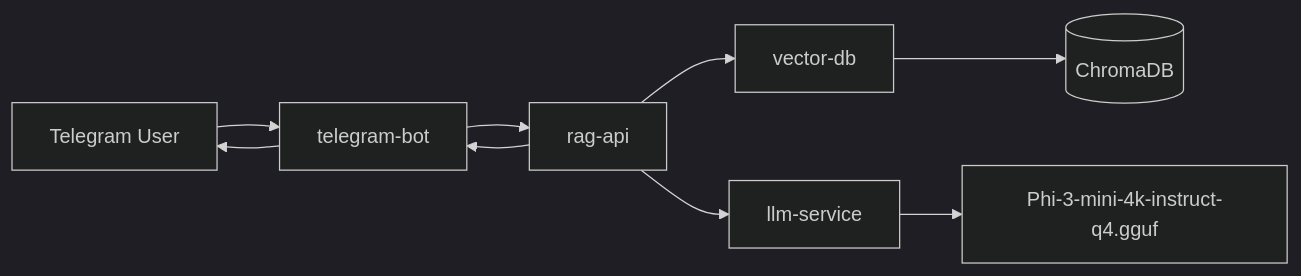
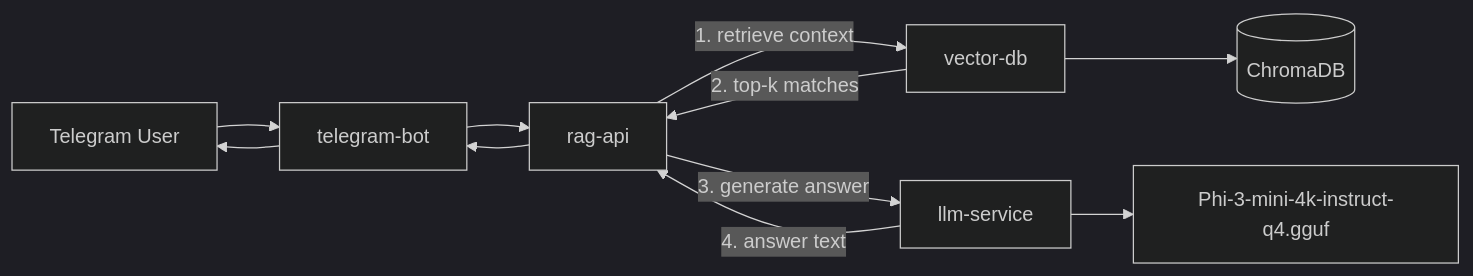
The diagram in rag-system/ARCHITECTURE.md (navin251285/avivo), drawn with Mermaid (dark theme) before and after one commit. The commit also changed other lines of this file and 1 other file, not shown here.

Commit message:
Update architecture docs/image to reflect current sequential rag-api flow

````diff
--- a/rag-system/ARCHITECTURE.md
+++ b/rag-system/ARCHITECTURE.md
@@ -15,11 +15,13 @@
 ```mermaid
 flowchart LR
     U[Telegram User] --> T[telegram-bot]
     T --> R[rag-api]
-    R --> V[vector-db]
+  R -->|1. retrieve context| V[vector-db]
     V --> C[(ChromaDB)]
-    R --> L[llm-service]
+  V -->|2. top-k matches| R
+  R -->|3. generate answer| L[llm-service]
     L --> M[Phi-3-mini-4k-instruct-q4.gguf]
+  L -->|4. answer text| R
     R --> T
     T --> U
 ```
````
